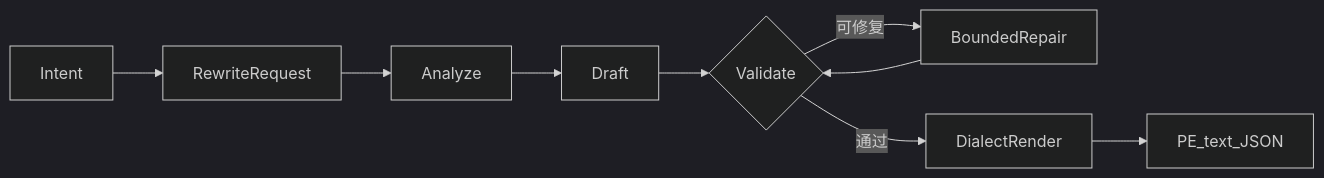
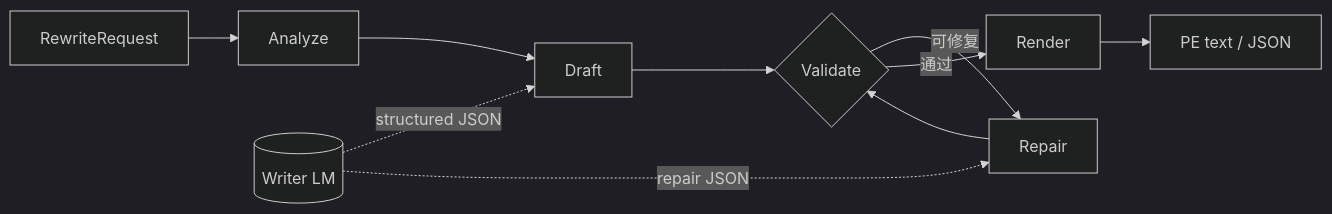
Before and after one commit to WayneJin0918/Omni-Rewriter: the diagram in docs/README_zh.md, drawn with Mermaid (dark theme). The commit also changed other lines of this file and 1 other file, not shown here.

First line of the commit message:
Clarify README flow ownership and separate Writer LM support.

````diff
--- a/docs/README_zh.md
+++ b/docs/README_zh.md
@@ -67,11 +68,12 @@
 ```mermaid
 flowchart LR
-  intent[Intent] --> request[RewriteRequest]
-  request --> analyze[Analyze]
+  req[RewriteRequest] --> analyze[Analyze]
   analyze --> draft[Draft]
   draft --> validate{Validate}
-  validate -->|可修复| repair[BoundedRepair]
+  validate -->|可修复| repair[Repair]
   repair --> validate
-  validate -->|通过| render[DialectRender]
-  render --> peText[PE_text_JSON]
+  validate -->|通过| render[Render]
+  render --> pe[PE text / JSON]
+  writer[(Writer LM)] -.->|structured JSON| draft
+  writer -.->|repair JSON| repair
 ```
````
